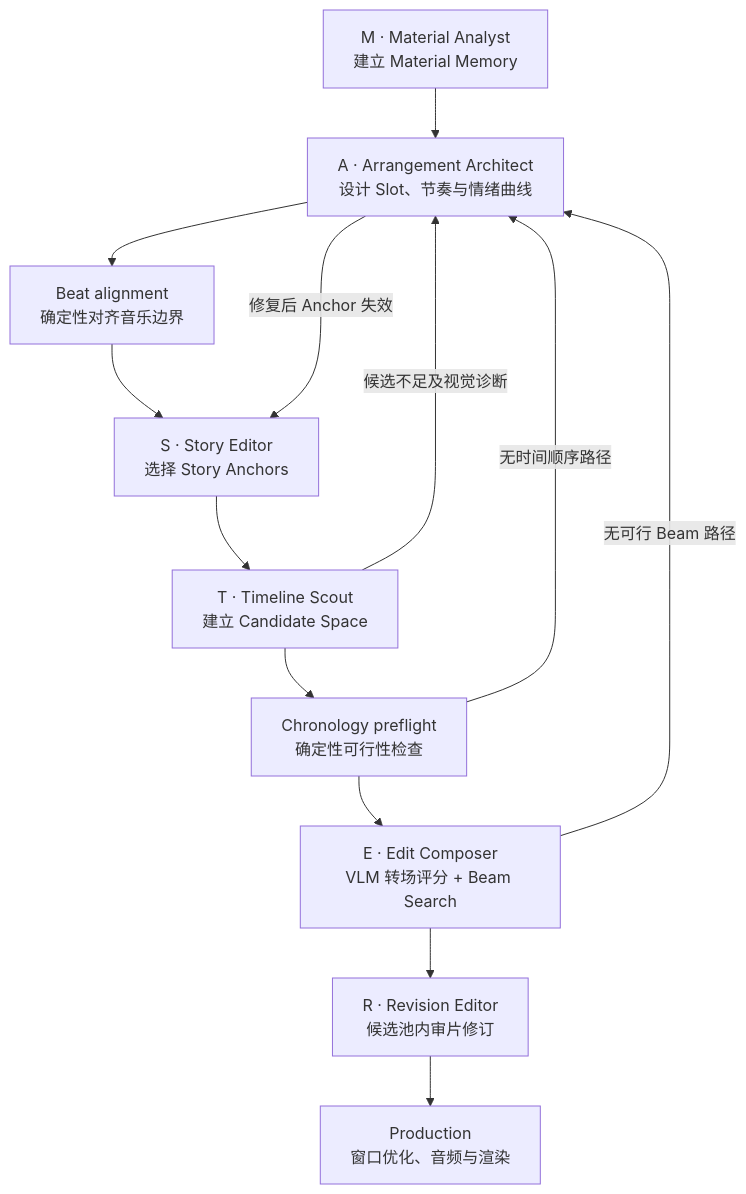
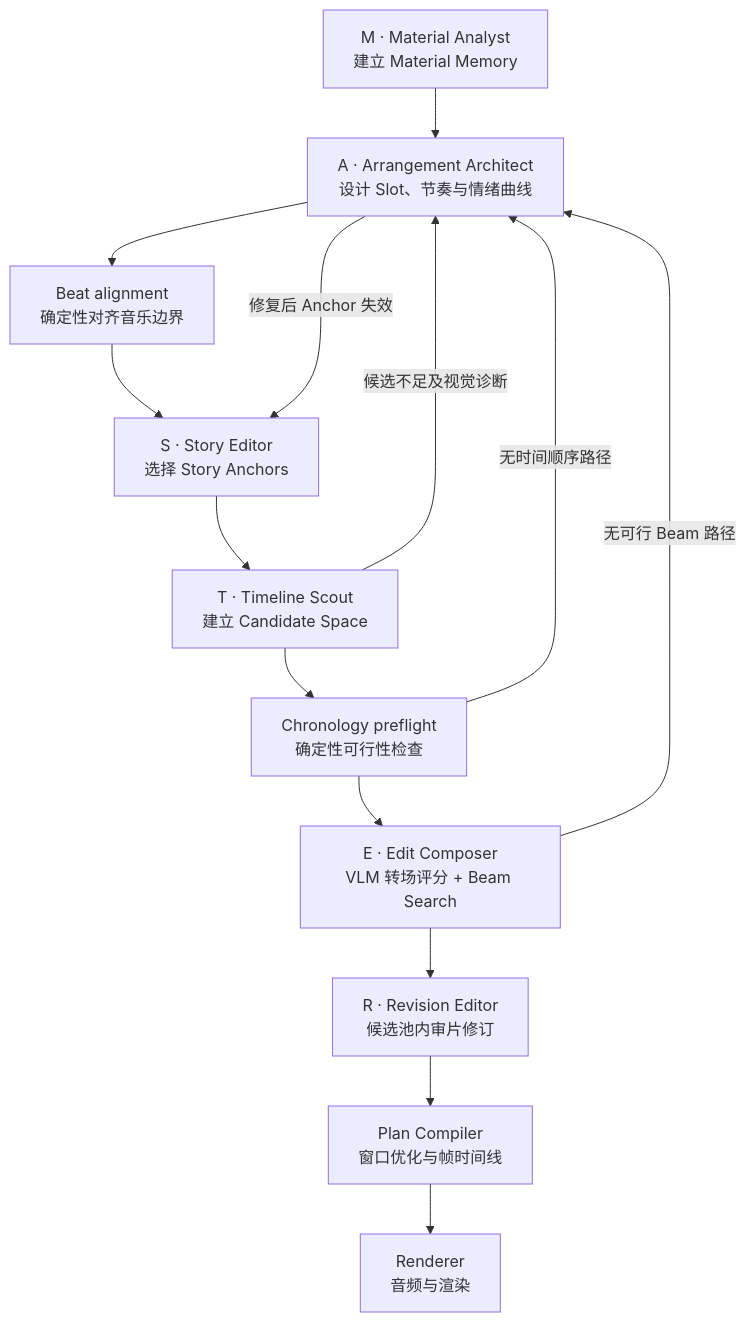
Before and after one commit to hit-felix-chen/CutMaster: the diagram in docs/dev/multi-agent-discussion.md, drawn with Mermaid. The commit also changed other lines of this file and 52 other files, not shown here.

````diff
--- a/docs/dev/multi-agent-discussion.md
+++ b/docs/dev/multi-agent-discussion.md
@@ -37,18 +36,19 @@
 ```mermaid
 flowchart TD
     M["M · Material Analyst<br/>建立 Material Memory"]
     A["A · Arrangement Architect<br/>设计 Slot、节奏与情绪曲线"]
     B["Beat alignment<br/>确定性对齐音乐边界"]
     S["S · Story Editor<br/>选择 Story Anchors"]
     T["T · Timeline Scout<br/>建立 Candidate Space"]
     C["Chronology preflight<br/>确定性可行性检查"]
     E["E · Edit Composer<br/>VLM 转场评分 + Beam Search"]
     R["R · Revision Editor<br/>候选池内审片修订"]
-    F["Production<br/>窗口优化、音频与渲染"]
+    P["Plan Compiler<br/>窗口优化与帧时间线"]
+    F["Renderer<br/>音频与渲染"]
 
-    M --> A --> B --> S --> T --> C --> E --> R --> F
+    M --> A --> B --> S --> T --> C --> E --> R --> P --> F
     T -->|候选不足及视觉诊断| A
     A -->|修复后 Anchor 失效| S
     C -->|无时间顺序路径| A
     E -->|无可行 Beam 路径| A
 ```
````
